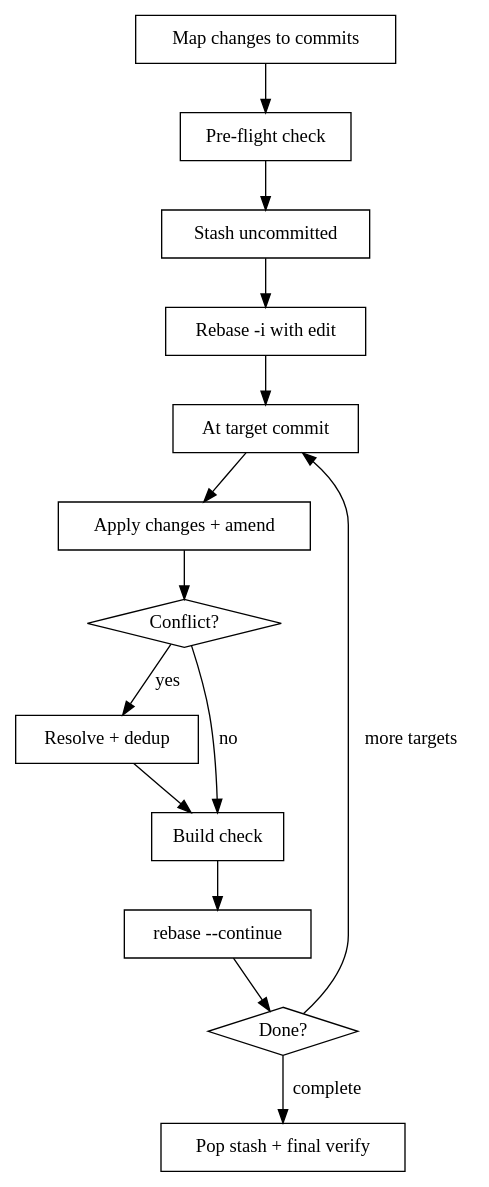
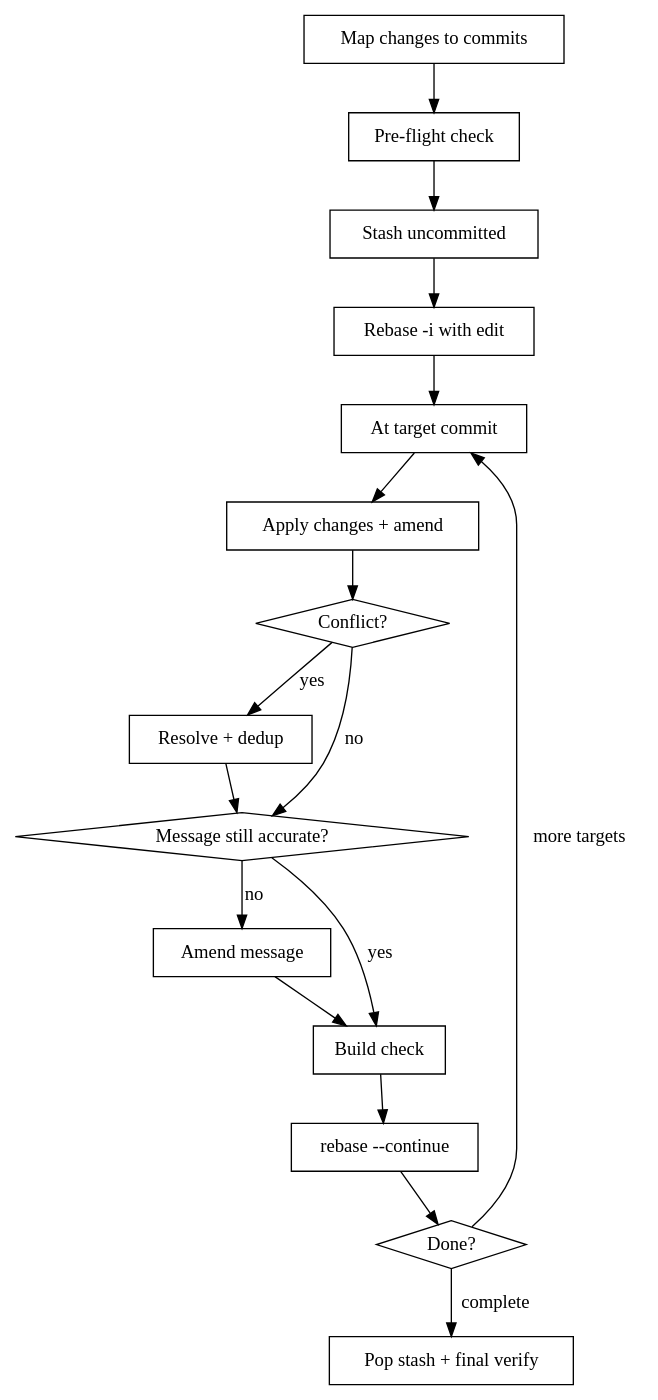
Before and after one commit to roomedia/absorb-into-commits: the second of 2 diagrams in skills/absorb-into-commits/SKILL.md, drawn with Graphviz. The commit also changed other lines of this file and 1 other file, not shown here.

First line of the commit message:
feat: add commit message review guide on absorb

````diff
--- a/skills/absorb-into-commits/SKILL.md
+++ b/skills/absorb-into-commits/SKILL.md
@@ -65,30 +65,35 @@
 ```dot
 digraph absorb {
     "Map changes to commits" [shape=box];
     "Pre-flight check" [shape=box];
     "Stash uncommitted" [shape=box];
     "Rebase -i with edit" [shape=box];
     "At target commit" [shape=box];
     "Apply changes + amend" [shape=box];
     "Conflict?" [shape=diamond];
     "Resolve + dedup" [shape=box];
+    "Message still accurate?" [shape=diamond];
+    "Amend message" [shape=box];
     "Build check" [shape=box];
     "rebase --continue" [shape=box];
     "Done?" [shape=diamond];
     "Pop stash + final verify" [shape=box];
 
     "Map changes to commits" -> "Pre-flight check";
     "Pre-flight check" -> "Stash uncommitted";
     "Stash uncommitted" -> "Rebase -i with edit";
     "Rebase -i with edit" -> "At target commit";
     "At target commit" -> "Apply changes + amend";
     "Apply changes + amend" -> "Conflict?";
     "Conflict?" -> "Resolve + dedup" [label="yes"];
-    "Conflict?" -> "Build check" [label="no"];
-    "Resolve + dedup" -> "Build check";
+    "Conflict?" -> "Message still accurate?" [label="no"];
+    "Resolve + dedup" -> "Message still accurate?";
+    "Message still accurate?" -> "Build check" [label="yes"];
+    "Message still accurate?" -> "Amend message" [label="no"];
+    "Amend message" -> "Build check";
     "Build check" -> "rebase --continue";
     "rebase --continue" -> "Done?";
     "Done?" -> "At target commit" [label="more targets"];
     "Done?" -> "Pop stash + final verify" [label="complete"];
 }
 ```
````
